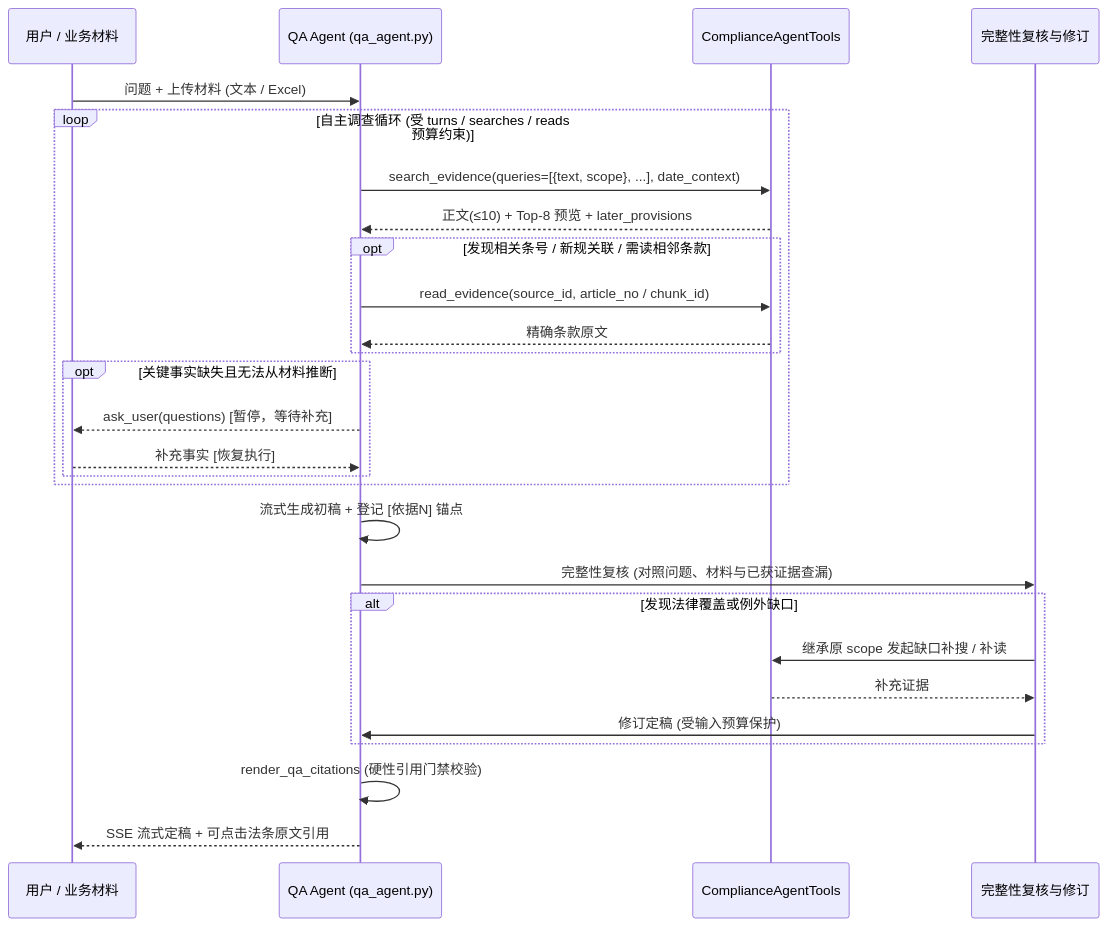
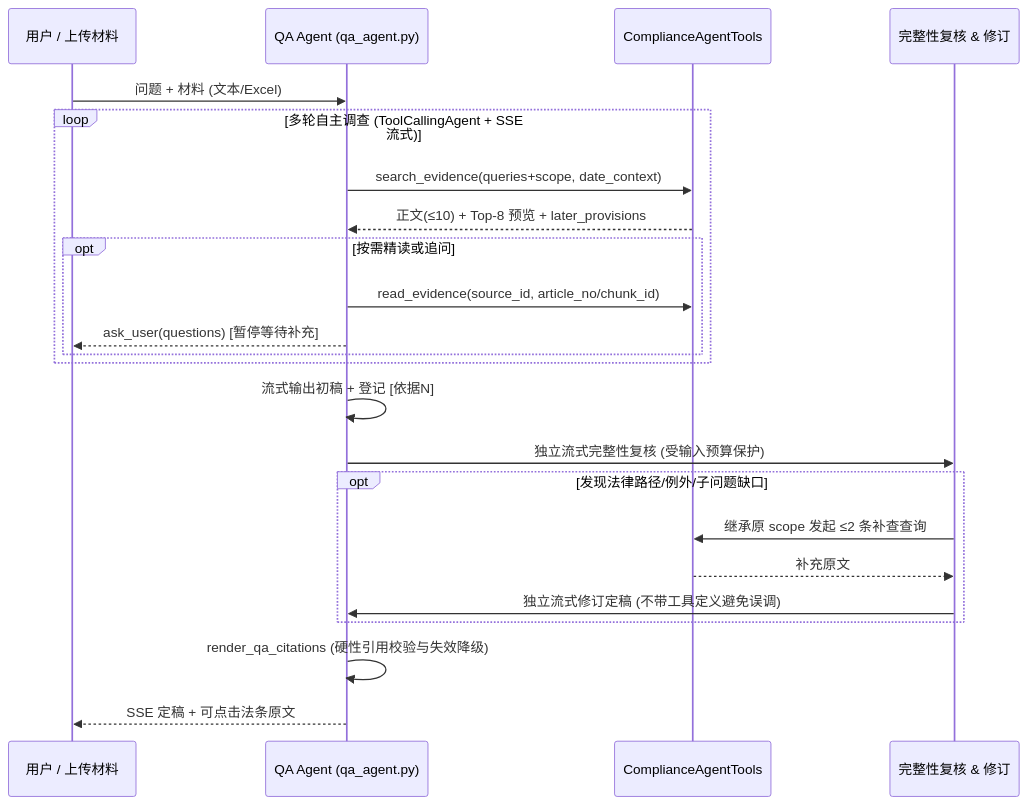
One commit to raydemo1/crosscomply-agent changed the third of 3 diagrams in docs/retrieval-qa-and-eval-deep-dive.md. Above: the diagram before and after it, drawn with Mermaid. The commit also changed other lines of this file and 1 other file, not shown here.

Commit message:
docs: rewrite self-contained full-project README and complete architecture deep dive

````diff
--- a/docs/retrieval-qa-and-eval-deep-dive.md
+++ b/docs/retrieval-qa-and-eval-deep-dive.md
@@ -64,30 +119,26 @@
 ```mermaid
 sequenceDiagram
-    participant U as 用户 / 业务材料
-    participant A as QA Agent (qa_agent.py)
+    participant U as 用户 / 上传材料
+    participant QA as QA Agent (qa_agent.py)
     participant T as ComplianceAgentTools
-    participant R as 完整性复核与修订
+    participant CR as 完整性复核 & 修订
 
-    U->>A: 问题 + 上传材料 (文本 / Excel)
-    loop 自主调查循环 (受 turns / searches / reads 预算约束)
-        A->>T: search_evidence(queries=[{text, scope}, ...], date_context)
-        T-->>A: 正文(≤10) + Top-8 预览 + later_provisions
-        opt 发现相关条号 / 新规关联 / 需读相邻条款
-            A->>T: read_evidence(source_id, article_no / chunk_id)
-            T-->>A: 精确条款原文
-        end
-        opt 关键事实缺失且无法从材料推断
-            A-->>U: ask_user(questions) [暂停，等待补充]
-            U-->>A: 补充事实 [恢复执行]
+    U->>QA: 问题 + 材料 (文本/Excel)
+    loop 多轮自主调查 (ToolCallingAgent + SSE 流式)
+        QA->>T: search_evidence(queries+scope, date_context)
+        T-->>QA: 正文(≤10) + Top-8 预览 + later_provisions
+        opt 按需精读或追问
+            QA->>T: read_evidence(source_id, article_no/chunk_id)
+            QA-->>U: ask_user(questions) [暂停等待补充]
         end
     end
-    A->>A: 流式生成初稿 + 登记 [依据N] 锚点
-    A->>R: 完整性复核 (对照问题、材料与已获证据查漏)
-    alt 发现法律覆盖或例外缺口
-        R->>T: 继承原 scope 发起缺口补搜 / 补读
-        T-->>R: 补充证据
-        R->>A: 修订定稿 (受输入预算保护)
+    QA->>QA: 流式输出初稿 + 登记 [依据N]
+    QA->>CR: 独立流式完整性复核 (受输入预算保护)
+    opt 发现法律路径/例外/子问题缺口
+        CR->>T: 继承原 scope 发起 ≤2 条补查查询
+        T-->>CR: 补充原文
+        CR->>QA: 独立流式修订定稿 (不带工具定义避免误调)
     end
-    A->>A: render_qa_citations (硬性引用门禁校验)
-    A-->>U: SSE 流式定稿 + 可点击法条原文引用
+    QA->>QA: render_qa_citations (硬性引用校验与失效降级)
+    QA-->>U: SSE 定稿 + 可点击法条原文
 ```
````
